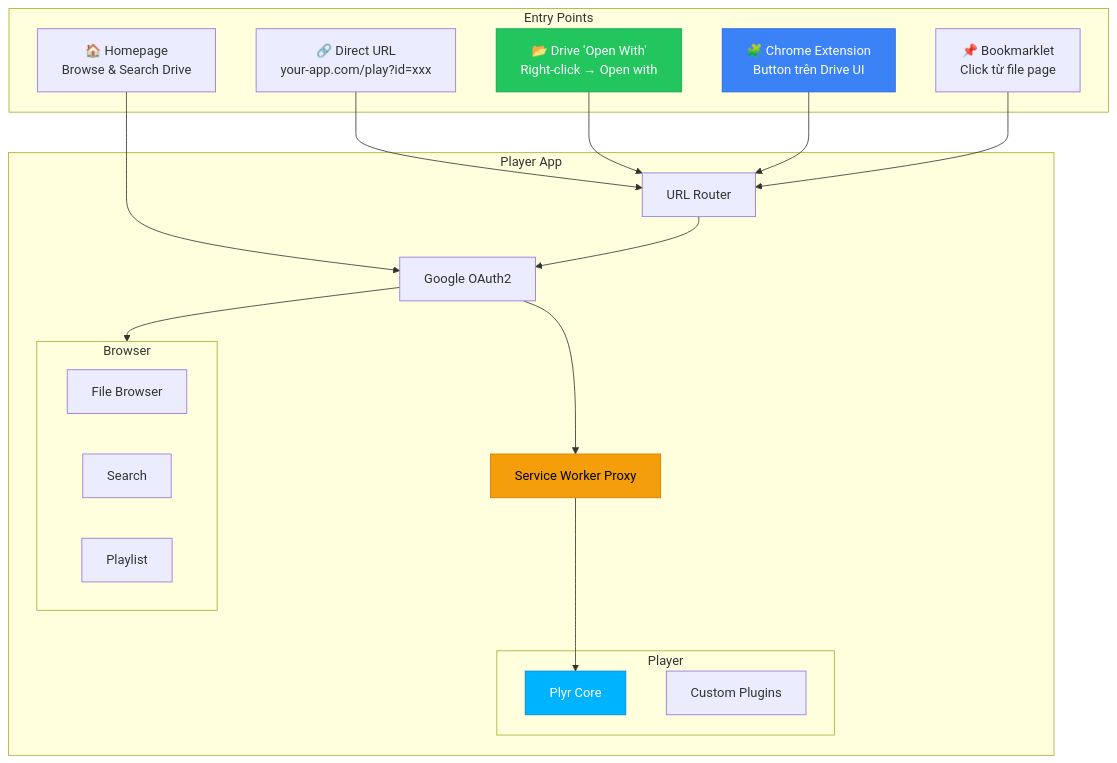
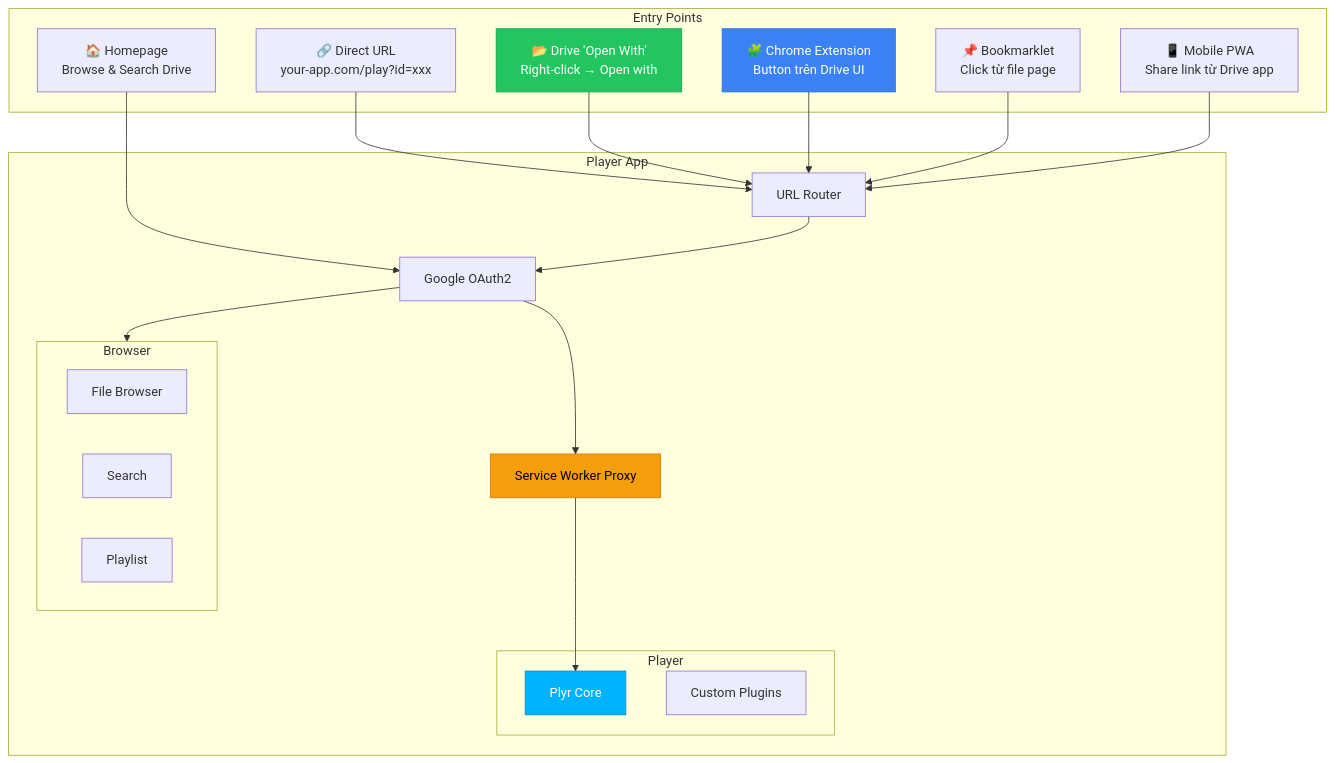
One commit to mnhtng/drive-video-player changed the fourth of 4 diagrams in gdrive_video_player_analysis.md. Above: the diagram before and after it, drawn with Mermaid. The commit also changed other lines of this file and 5 other files, not shown here.

````diff
--- a/gdrive_video_player_analysis.md
+++ b/gdrive_video_player_analysis.md
@@ -244,36 +251,37 @@
 ```mermaid
 graph TB
     subgraph "Entry Points"
         E1["🔗 Direct URL<br/>your-app.com/play?id=xxx"]
         E2["📂 Drive 'Open With'<br/>Right-click → Open with"]
         E3["🧩 Chrome Extension<br/>Button trên Drive UI"]
         E4["📌 Bookmarklet<br/>Click từ file page"]
         E5["🏠 Homepage<br/>Browse & Search Drive"]
+        E6["📱 Mobile PWA<br/>Share link từ Drive app"]
     end
     
     subgraph "Player App"
         Router[URL Router]
         Auth[Google OAuth2]
         SW[Service Worker Proxy]
         
         subgraph "Player"
             Plyr[Plyr Core]
             Plugins[Custom Plugins]
         end
         
         subgraph "Browser"
             FB[File Browser]
             Search[Search]
             Playlist[Playlist]
         end
     end
     
-    E1 & E2 & E3 & E4 --> Router
+    E1 & E2 & E3 & E4 & E6 --> Router
     E5 --> Auth --> Browser
     Router --> Auth --> SW --> Plyr
     
     style Plyr fill:#00b3ff,stroke:#0088cc,color:#fff
     style SW fill:#f59e0b,stroke:#d97706,color:#000
     style E2 fill:#22c55e,stroke:#16a34a,color:#fff
     style E3 fill:#3b82f6,stroke:#2563eb,color:#fff
 ```
````
